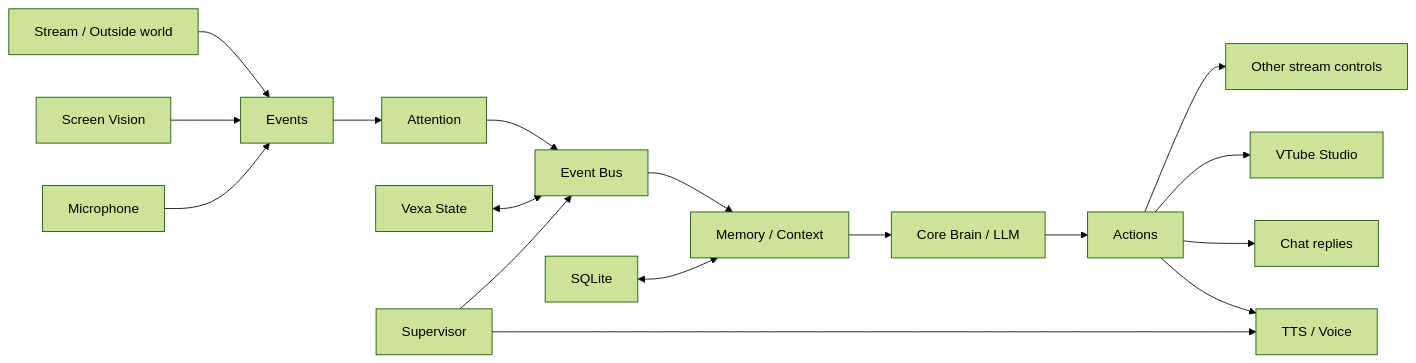
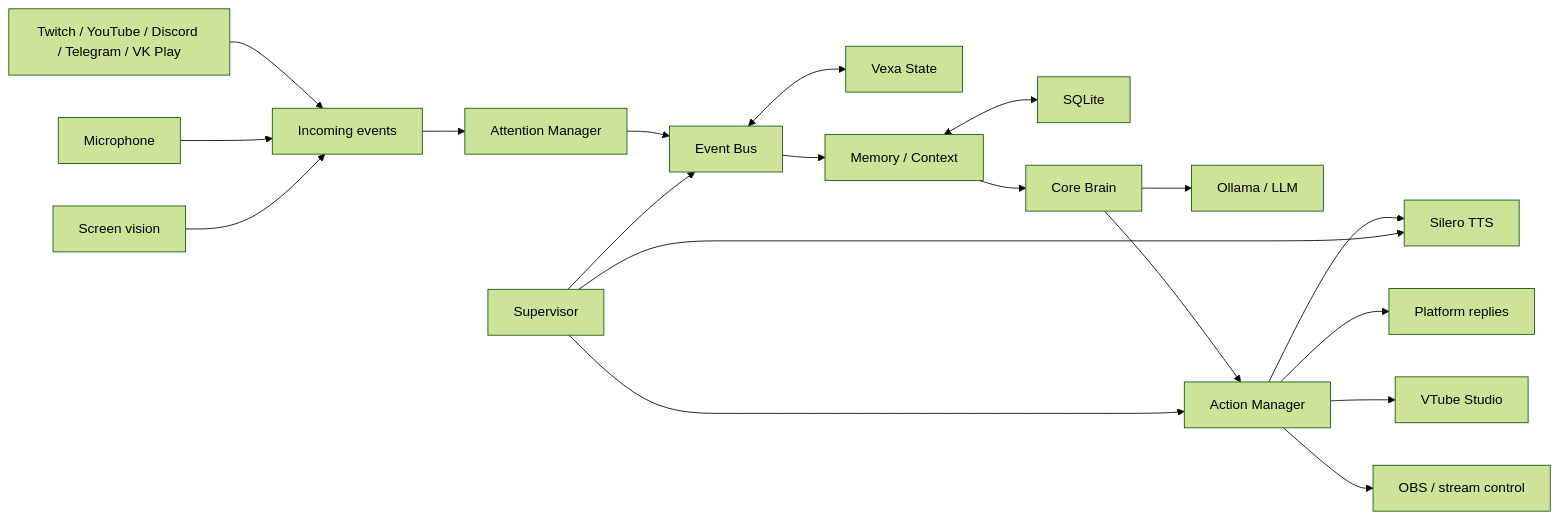
One commit to Agro4221/Vexa changed the first of 6 diagrams in README.md. Above: the diagram before and after it, drawn with Mermaid (forest theme). The commit also changed other lines of this file, not shown here.

Commit message:
docs: redesign Vexa README to match project presentation style

```diff
--- a/README.md
+++ b/README.md
@@ -26,21 +85,25 @@
 ~~~mermaid
 flowchart LR
-    WORLD["Stream / Outside world"] --> EVENTS["Events"]
-    EVENTS --> ATT["Attention"]
+    WORLD["Twitch / YouTube / Discord / Telegram / VK Play"] --> EVENTS["Incoming events"]
+    MIC["Microphone"] --> EVENTS
+    SCREEN["Screen vision"] --> EVENTS
+
+    EVENTS --> ATT["Attention Manager"]
     ATT --> BUS["Event Bus"]
+    BUS <--> STATE["Vexa State"]
     BUS --> MEM["Memory / Context"]
-    MEM --> BRAIN["Core Brain / LLM"]
-    BRAIN --> ACT["Actions"]
+    MEM <--> DB["SQLite"]
 
-    ACT --> VOICE["TTS / Voice"]
-    ACT --> CHAT["Chat replies"]
-    ACT --> VTS["VTube Studio"]
-    ACT --> STREAM["Other stream controls"]
+    MEM --> BRAIN["Core Brain"]
+    BRAIN --> LLM["Ollama / LLM"]
 
-    SCREEN["Screen Vision"] --> EVENTS
-    MIC["Microphone"] --> EVENTS
-    STATE["Vexa State"] <--> BUS
-    DB["SQLite"] <--> MEM
+    BRAIN --> ACTIONS["Action Manager"]
+    ACTIONS --> TTS["Silero TTS"]
+    ACTIONS --> CHAT["Platform replies"]
+    ACTIONS --> VTS["VTube Studio"]
+    ACTIONS --> OBS["OBS / stream control"]
+
     SUP["Supervisor"] --> BUS
-    SUP --> VOICE
+    SUP --> TTS
+    SUP --> ACTIONS
 ~~~
```
